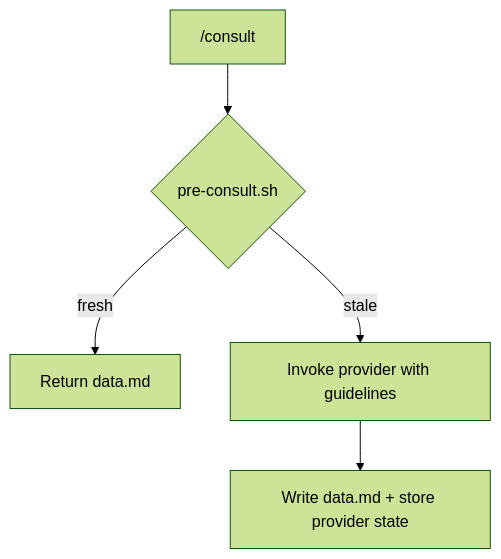
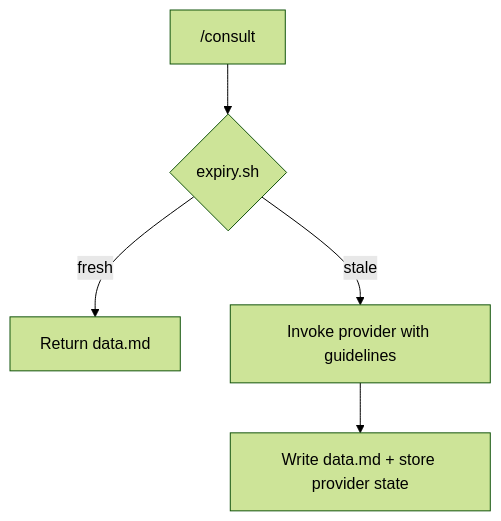
Before and after one commit to Kord96/kordinate: the diagram in docs/framework/kords.md, drawn with Mermaid (forest theme). The commit also changed other lines of this file and 1 other file, not shown here.

Commit message:
Docs: rename pre-consult.sh → expiry.sh [scribe]

````diff
--- a/docs/framework/kords.md
+++ b/docs/framework/kords.md
@@ -94,7 +94,7 @@
 ```mermaid
 flowchart TB
-    C["/consult"] --> G{"pre-consult.sh"}
+    C["/consult"] --> G{"expiry.sh"}
     G -->|fresh| M[Return data.md]
     G -->|stale| K[Invoke provider with guidelines]
     K --> W[Write data.md + store provider state]
 ```
````
